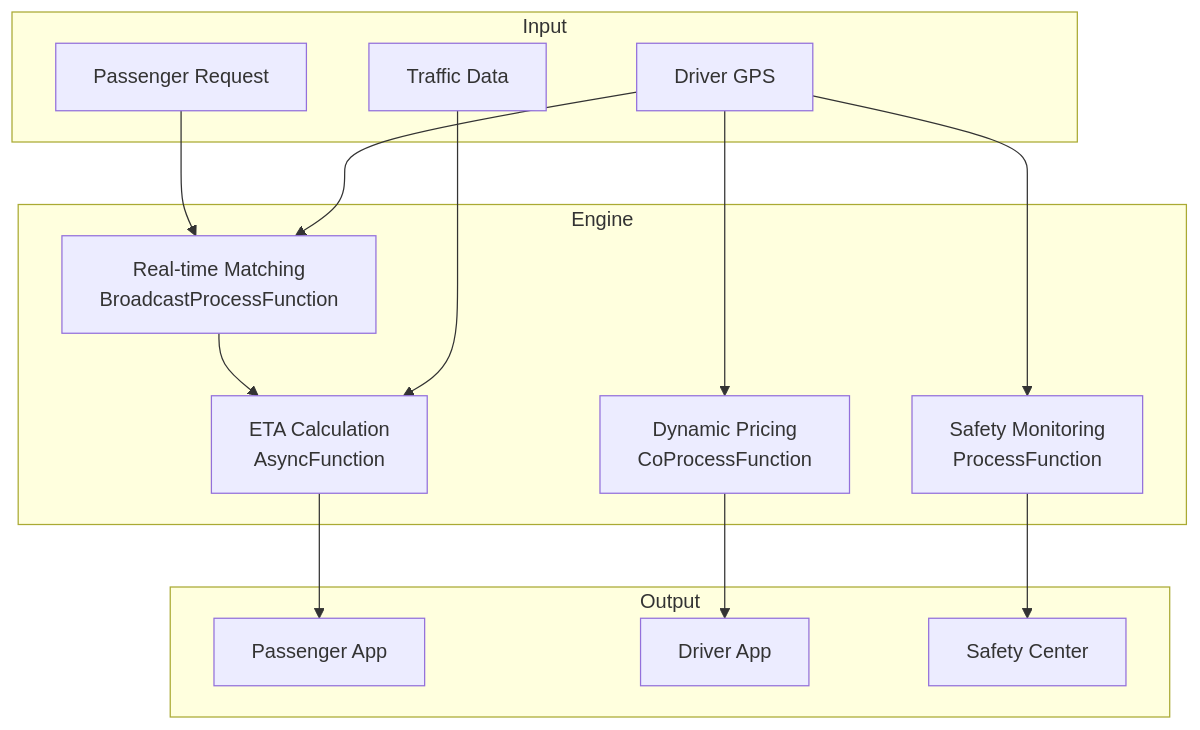
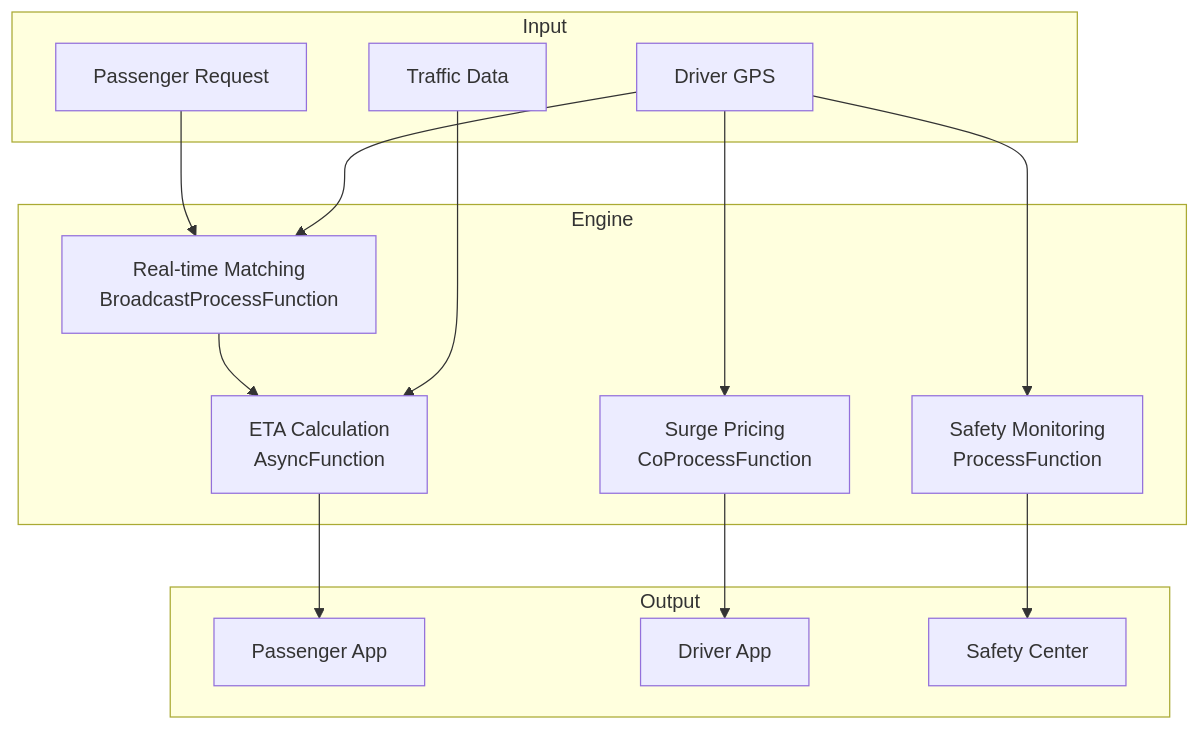
One commit to AdaMartin18010/AnalysisDataFlow changed the diagram in en/realtime-ride-hailing-case-study.md. Above: the diagram before and after it, drawn with Mermaid. The commit also changed other lines of this file and 37 other files, not shown here.

````diff
--- a/en/realtime-ride-hailing-case-study.md
+++ b/en/realtime-ride-hailing-case-study.md
@@ -315,27 +315,27 @@
 ```mermaid
 graph TB
     subgraph Input
         I1[Passenger Request]
         I2[Driver GPS]
         I3[Traffic Data]
     end
     
     subgraph Engine
         E1[Real-time Matching<br/>BroadcastProcessFunction]
         E2[ETA Calculation<br/>AsyncFunction]
-        E3[Dynamic Pricing<br/>CoProcessFunction]
+        E3[Surge Pricing<br/>CoProcessFunction]
         E4[Safety Monitoring<br/>ProcessFunction]
     end
     
     subgraph Output
         O1[Passenger App]
         O2[Driver App]
         O3[Safety Center]
     end
     
     I1 --> E1 --> E2 --> O1
     I2 --> E1
     I2 --> E3 --> O2
     I3 --> E2
     I2 --> E4 --> O3
 ```
````
